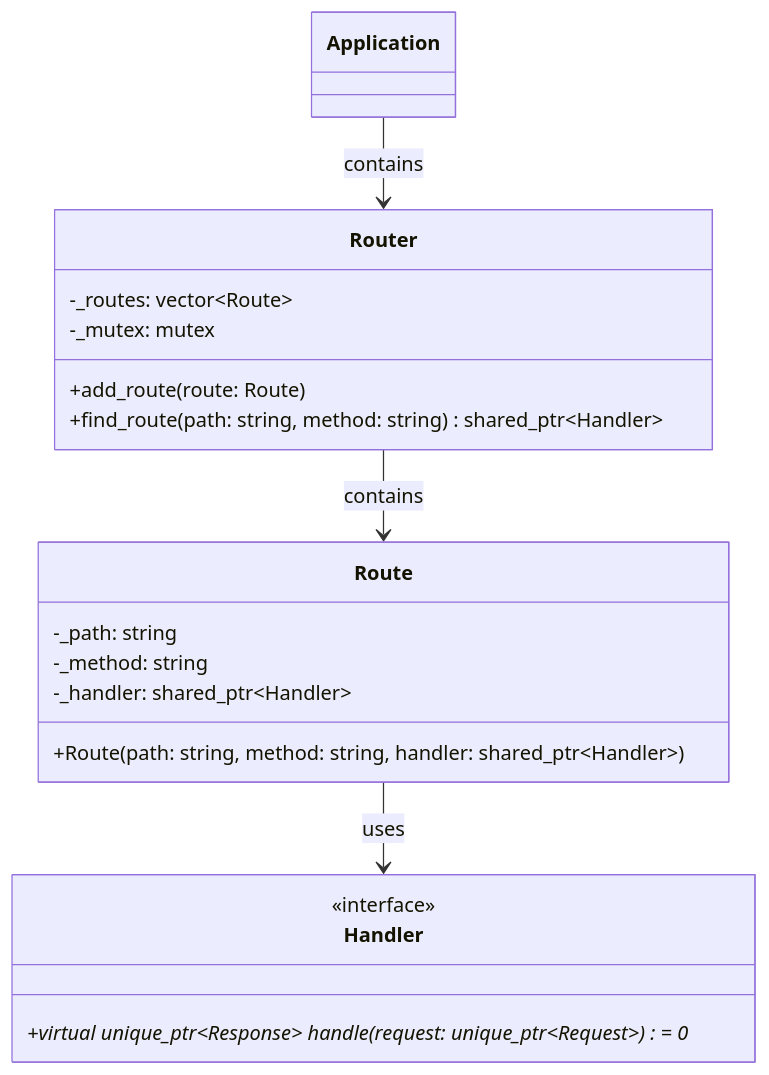
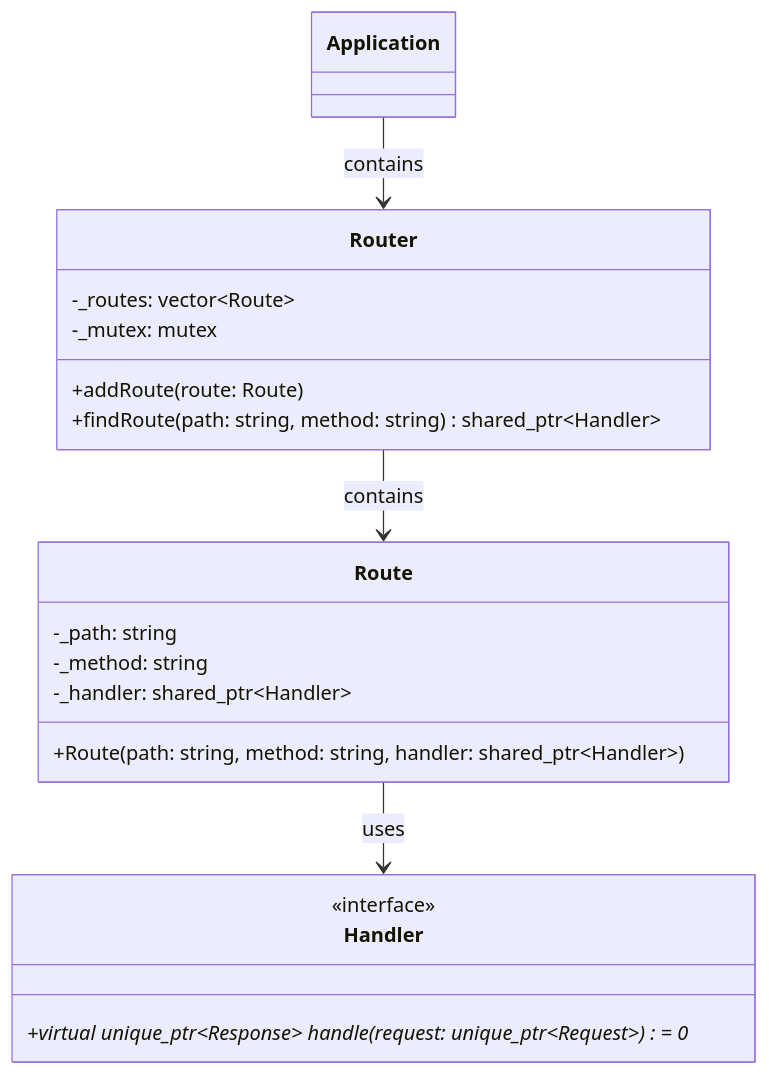
One commit to etib-corp/fion changed the sixth of 10 diagrams in ARCHITECTURE.md. Above: the diagram before and after it, drawn with Mermaid. The commit also changed other lines of this file and 45 other files, not shown here.

Commit message:
Feat: Implement new architecture

````diff
--- a/ARCHITECTURE.md
+++ b/ARCHITECTURE.md
@@ -185,25 +185,25 @@
 ```mermaid
 classDiagram
     class Router {
         -_routes: vector~Route~
         -_mutex: mutex
-        +add_route(route: Route)
-        +find_route(path: string, method: string) shared_ptr~Handler~
+        +addRoute(route: Route)
+        +findRoute(path: string, method: string) shared_ptr~Handler~
     }
 
     class Route {
         -_path: string
         -_method: string
         -_handler: shared_ptr~Handler~
         +Route(path: string, method: string, handler: shared_ptr~Handler~)
     }
 
     class Handler {
         <<interface>>
         +virtual unique_ptr~Response~ handle(request: unique_ptr~Request~)* = 0
     }
 
     Application --> Router : contains
     Router --> Route : contains
     Route --> Handler : uses
 ```
````
